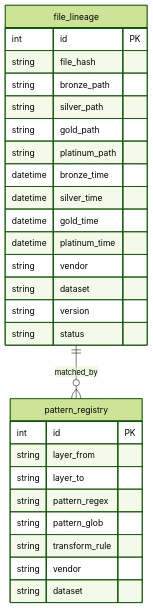
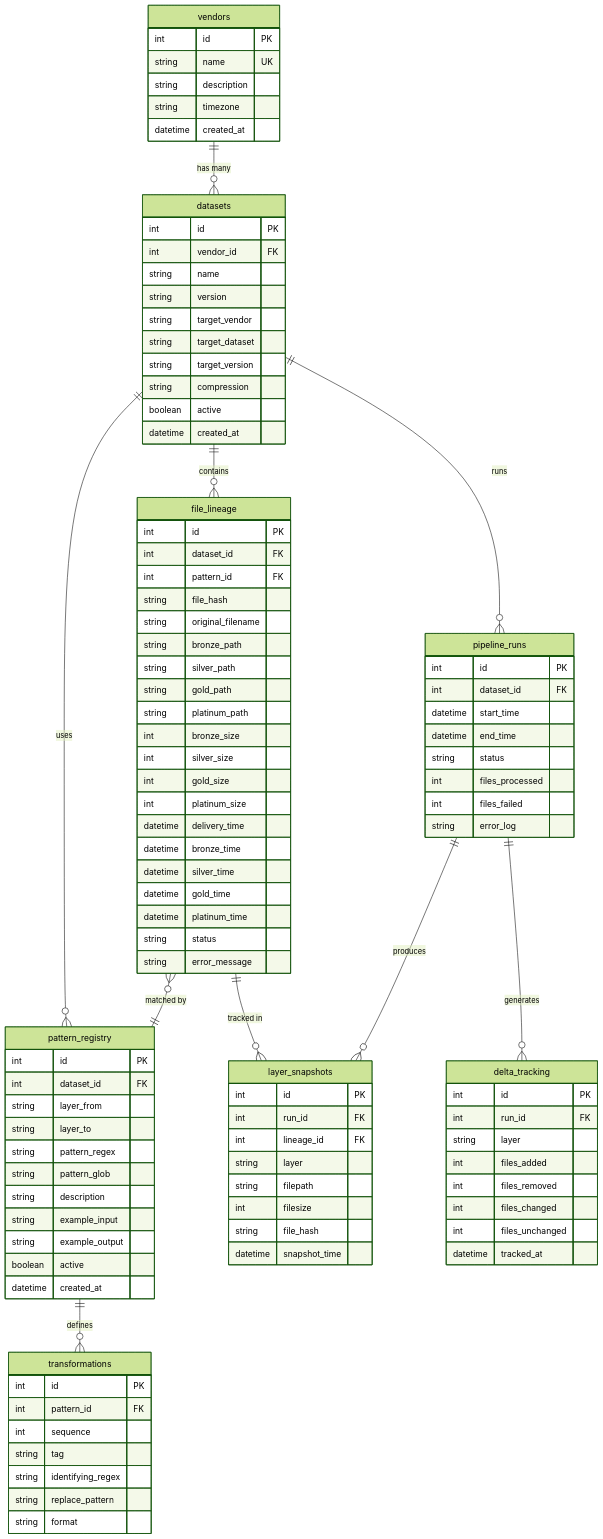
The first of 5 diagrams in docs/ideas/alchmy-db.md (ThanuMahee12/AgentContext), drawn with Mermaid (forest theme) before and after one commit. The commit also changed other lines of this file, not shown here.

Commit message:
docs: add comprehensive mermaid diagrams to alchmy-db schema

````diff
--- a/docs/ideas/alchmy-db.md
+++ b/docs/ideas/alchmy-db.md
@@ -25,32 +18,113 @@
 ```mermaid
 erDiagram
+    vendors ||--o{ datasets : "has many"
+    datasets ||--o{ file_lineage : "contains"
+    datasets ||--o{ pattern_registry : "uses"
+    datasets ||--o{ pipeline_runs : "runs"
+    file_lineage }o--|| pattern_registry : "matched by"
+    file_lineage ||--o{ layer_snapshots : "tracked in"
+    pipeline_runs ||--o{ layer_snapshots : "produces"
+    pipeline_runs ||--o{ delta_tracking : "generates"
+    pattern_registry ||--o{ transformations : "defines"
+
+    vendors {
+        int id PK
+        string name UK
+        string description
+        string timezone
+        datetime created_at
+    }
+
+    datasets {
+        int id PK
+        int vendor_id FK
+        string name
+        string version
+        string target_vendor
+        string target_dataset
+        string target_version
+        string compression
+        boolean active
+        datetime created_at
+    }
+
     file_lineage {
         int id PK
+        int dataset_id FK
+        int pattern_id FK
         string file_hash
+        string original_filename
         string bronze_path
         string silver_path
         string gold_path
         string platinum_path
+        int bronze_size
+        int silver_size
+        int gold_size
+        int platinum_size
+        datetime delivery_time
         datetime bronze_time
         datetime silver_time
         datetime gold_time
         datetime platinum_time
-        string vendor
-        string dataset
-        string version
         string status
+        string error_message
     }
 
     pattern_registry {
         int id PK
+        int dataset_id FK
         string layer_from
         string layer_to
         string pattern_regex
         string pattern_glob
-        string transform_rule
-        string vendor
-        string dataset
+        string description
+        string example_input
+        string example_output
+        boolean active
+        datetime created_at
     }
 
-    file_lineage ||--o{ pattern_registry : "matched_by"
+    transformations {
+        int id PK
+        int pattern_id FK
+        int sequence
+        string tag
+        string identifying_regex
+        string replace_pattern
+        string format
+    }
+
+    pipeline_runs {
+        int id PK
+        int dataset_id FK
+        datetime start_time
+        datetime end_time
+        string status
+        int files_processed
+        int files_failed
+        string error_log
+    }
+
+    layer_snapshots {
+        int id PK
+        int run_id FK
+        int lineage_id FK
+        string layer
+        string filepath
+        int filesize
+        string file_hash
+        datetime snapshot_time
+    }
+
+    delta_tracking {
+        int id PK
+        int run_id FK
+        string layer
+        int files_added
+        int files_removed
+        int files_changed
+        int files_unchanged
+        datetime tracked_at
+    }
 ```
````
